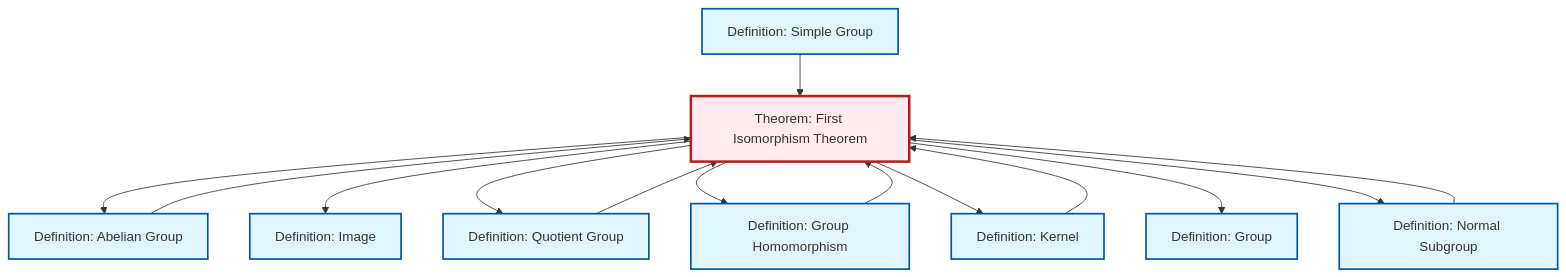
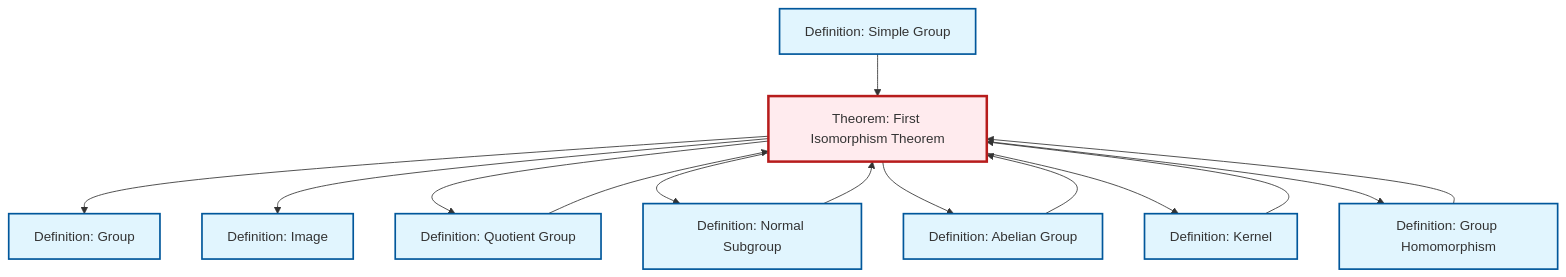
One commit to RK0429/ModernMath changed the diagram in content/ja/algebra/thm-first-isomorphism.qmd. Above: the diagram before and after it, drawn with Mermaid. The commit also changed other lines of this file and 597 other files, not shown here.

````diff
--- a/content/ja/algebra/thm-first-isomorphism.qmd
+++ b/content/ja/algebra/thm-first-isomorphism.qmd
@@ -101,40 +101,40 @@
 ```{mermaid}
 %%| fig-cap: "Local dependency graph"
 graph TD
     classDef definition fill:#e1f5fe,stroke:#01579b,stroke-width:2px
     classDef theorem fill:#f3e5f5,stroke:#4a148c,stroke-width:2px
     classDef axiom fill:#fff3e0,stroke:#e65100,stroke-width:2px
     classDef example fill:#e8f5e9,stroke:#1b5e20,stroke-width:2px
     classDef current fill:#ffebee,stroke:#b71c1c,stroke-width:3px
     def-simple-group["Definition: Simple Group"]:::definition
+    def-homomorphism["Definition: Group Homomorphism"]:::definition
+    def-kernel["Definition: Kernel"]:::definition
+    thm-first-isomorphism["Theorem: First Isomorphism Theorem"]:::theorem
+    def-normal-subgroup["Definition: Normal Subgroup"]:::definition
+    def-abelian-group["Definition: Abelian Group"]:::definition
+    def-quotient-group["Definition: Quotient Group"]:::definition
+    def-group["Definition: Group"]:::definition
     def-image["Definition: Image"]:::definition
-    def-normal-subgroup["Definition: Normal Subgroup"]:::definition
-    def-quotient-group["Definition: Quotient Group"]:::definition
-    def-abelian-group["Definition: Abelian Group"]:::definition
-    def-kernel["Definition: Kernel"]:::definition
-    def-group["Definition: Group"]:::definition
-    def-homomorphism["Definition: Group Homomorphism"]:::definition
-    thm-first-isomorphism["Theorem: First Isomorphism Theorem"]:::theorem
-    thm-first-isomorphism --> def-abelian-group
-    def-quotient-group --> thm-first-isomorphism
+    thm-first-isomorphism --> def-group
+    def-kernel --> thm-first-isomorphism
     thm-first-isomorphism --> def-image
+    def-abelian-group --> thm-first-isomorphism
     thm-first-isomorphism --> def-quotient-group
-    thm-first-isomorphism --> def-homomorphism
-    thm-first-isomorphism --> def-kernel
-    thm-first-isomorphism --> def-group
-    def-simple-group --> thm-first-isomorphism
-    def-kernel --> thm-first-isomorphism
-    def-homomorphism --> thm-first-isomorphism
-    def-abelian-group --> thm-first-isomorphism
     def-normal-subgroup --> thm-first-isomorphism
     thm-first-isomorphism --> def-normal-subgroup
+    def-quotient-group --> thm-first-isomorphism
+    thm-first-isomorphism --> def-abelian-group
+    thm-first-isomorphism --> def-kernel
+    def-homomorphism --> thm-first-isomorphism
+    def-simple-group --> thm-first-isomorphism
+    thm-first-isomorphism --> def-homomorphism
     class thm-first-isomorphism current
     click def-simple-group "def-simple-group.html" "Definition: Simple Groupへ"
+    click def-homomorphism "def-homomorphism.html" "Definition: Group Homomorphismへ"
+    click def-kernel "def-kernel.html" "Definition: Kernelへ"
+    click def-normal-subgroup "def-normal-subgroup.html" "Definition: Normal Subgroupへ"
+    click def-abelian-group "def-abelian-group.html" "Definition: Abelian Groupへ"
+    click def-quotient-group "def-quotient-group.html" "Definition: Quotient Groupへ"
+    click def-group "def-group.html" "Definition: Groupへ"
     click def-image "def-image.html" "Definition: Imageへ"
-    click def-normal-subgroup "def-normal-subgroup.html" "Definition: Normal Subgroupへ"
-    click def-quotient-group "def-quotient-group.html" "Definition: Quotient Groupへ"
-    click def-abelian-group "def-abelian-group.html" "Definition: Abelian Groupへ"
-    click def-kernel "def-kernel.html" "Definition: Kernelへ"
-    click def-group "def-group.html" "Definition: Groupへ"
-    click def-homomorphism "def-homomorphism.html" "Definition: Group Homomorphismへ"
 ```
````
